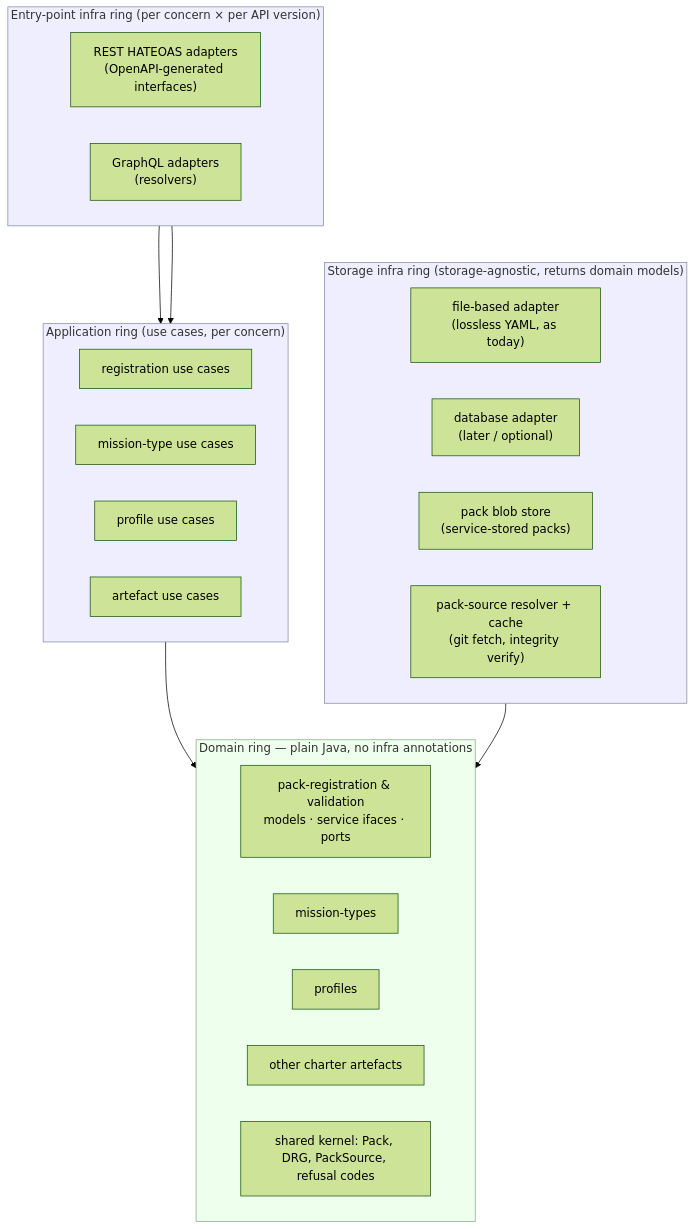
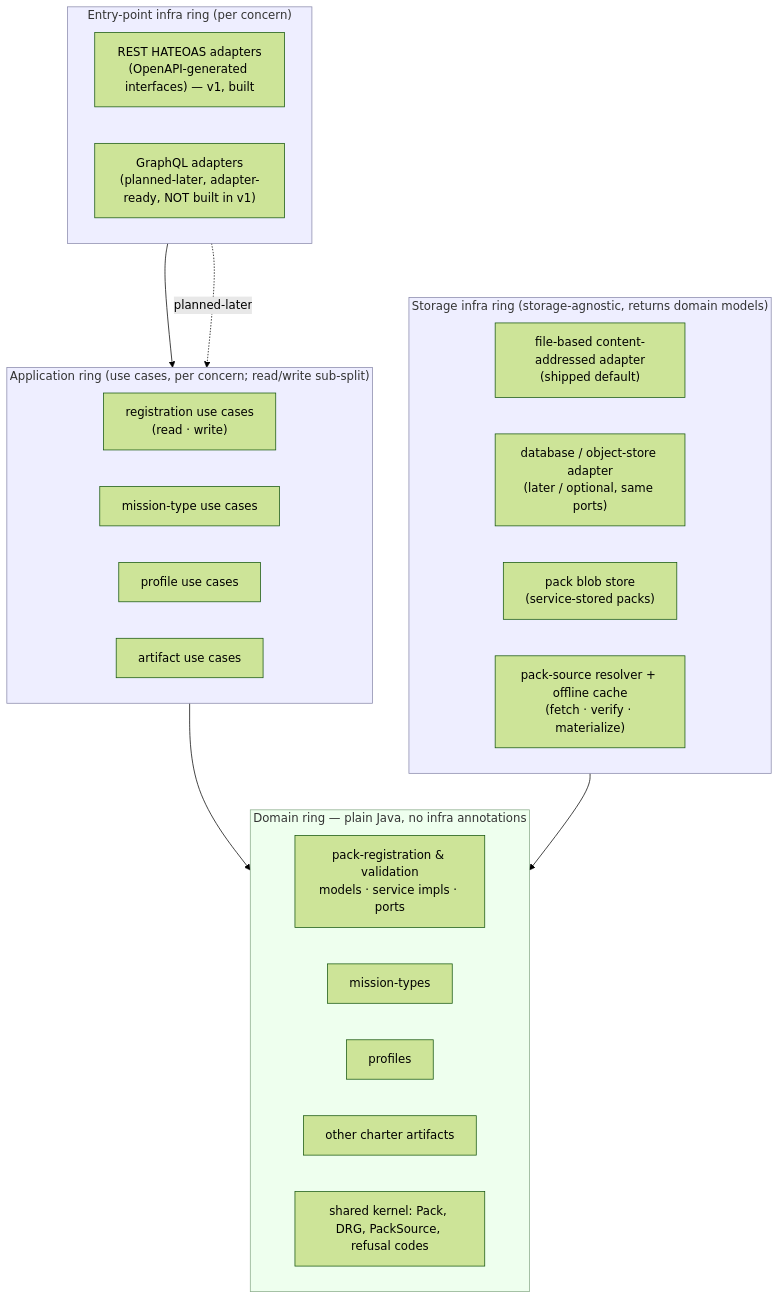
One commit to spec-kitty/spec-kitty-charter changed the first of 4 diagrams in kitty-specs/pack-registration-distribution-01M56M49/architecture.md. Above: the diagram before and after it, drawn with Mermaid (forest theme). The commit also changed other lines of this file and 29 other files, not shown here.

First line of the commit message:
docs(plan): synthesize design — ADRs 0005-0007, architecture, BDD suite

````diff
--- a/kitty-specs/pack-registration-distribution-01M56M49/architecture.md
+++ b/kitty-specs/pack-registration-distribution-01M56M49/architecture.md
@@ -27,43 +27,43 @@
 ```mermaid
 flowchart TB
-  subgraph EP["Entry-point infra ring (per concern × per API version)"]
+  subgraph EP["Entry-point infra ring (per concern)"]
     direction LR
-    rest["REST HATEOAS adapters<br/>(OpenAPI-generated interfaces)"]
-    gql["GraphQL adapters<br/>(resolvers)"]
+    rest["REST HATEOAS adapters<br/>(OpenAPI-generated interfaces) — v1, built"]
+    gql["GraphQL adapters<br/>(planned-later, adapter-ready, NOT built in v1)"]
   end
 
-  subgraph APP["Application ring (use cases, per concern)"]
+  subgraph APP["Application ring (use cases, per concern; read/write sub-split)"]
     direction LR
-    appreg["registration use cases"]
+    appreg["registration use cases<br/>(read · write)"]
     appmt["mission-type use cases"]
     appprof["profile use cases"]
-    appart["artefact use cases"]
+    appart["artifact use cases"]
   end
 
   subgraph DOM["Domain ring — plain Java, no infra annotations"]
     direction LR
-    dreg["pack-registration & validation<br/>models · service ifaces · ports"]
+    dreg["pack-registration & validation<br/>models · service impls · ports"]
     dmt["mission-types"]
     dprof["profiles"]
-    dart["other charter artefacts"]
+    dart["other charter artifacts"]
     dker["shared kernel: Pack, DRG, PackSource, refusal codes"]
   end
 
   subgraph ST["Storage infra ring (storage-agnostic, returns domain models)"]
     direction LR
-    stfile["file-based adapter<br/>(lossless YAML, as today)"]
-    stdb["database adapter<br/>(later / optional)"]
+    stfile["file-based content-addressed adapter<br/>(shipped default)"]
+    stdb["database / object-store adapter<br/>(later / optional, same ports)"]
     stblob["pack blob store<br/>(service-stored packs)"]
-    stresolver["pack-source resolver + cache<br/>(git fetch, integrity verify)"]
+    stresolver["pack-source resolver + offline cache<br/>(fetch · verify · materialize)"]
   end
 
   rest --> APP
-  gql --> APP
+  gql -.planned-later.-> APP
   APP --> DOM
   ST --> DOM
 
   classDef infra fill:#eef,stroke:#88a;
   classDef dom fill:#efe,stroke:#8a8;
   class EP,APP,ST infra
   class DOM dom
 ```
````
